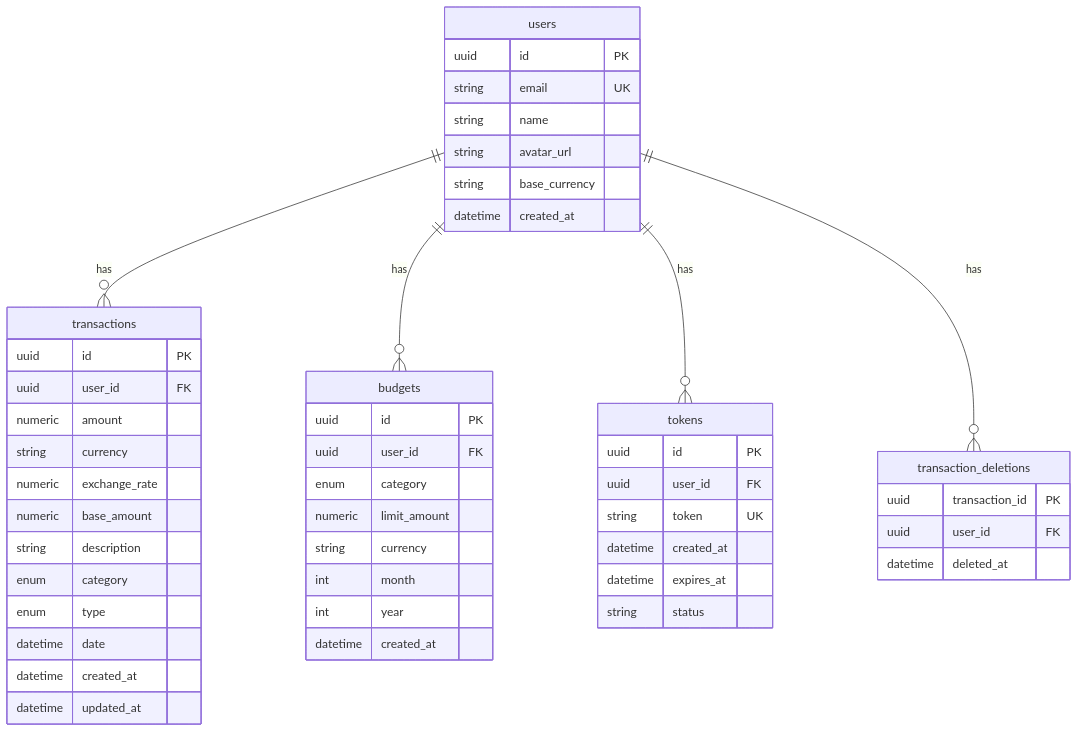
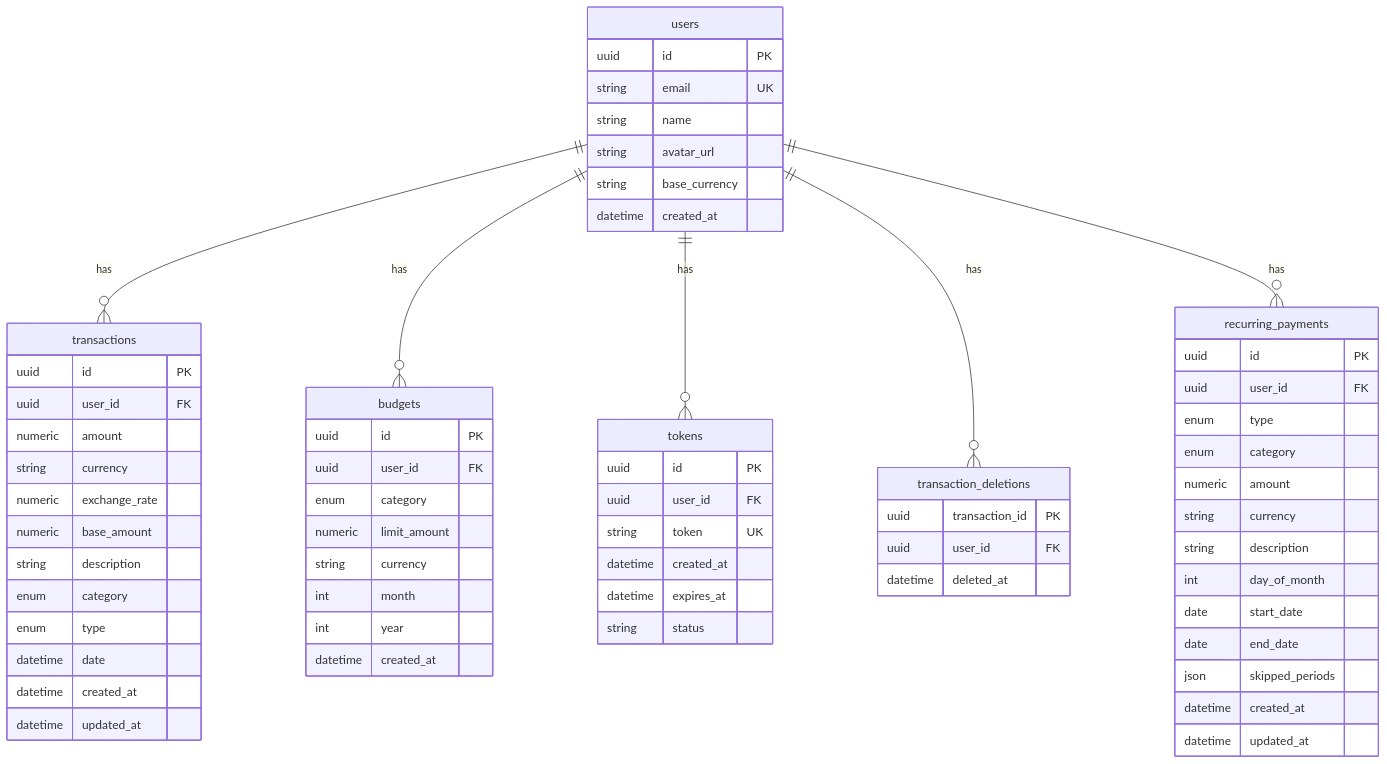
The second of 2 diagrams in ARCHITECTURE.md (jbronxxx/getbalanceai_api), drawn with Mermaid before and after one commit. The commit also changed other lines of this file and 14 other files, not shown here.

````diff
--- a/ARCHITECTURE.md
+++ b/ARCHITECTURE.md
@@ -53,57 +53,74 @@
 ```mermaid
 erDiagram
     users ||--o{ transactions : "has"
     users ||--o{ budgets : "has"
     users ||--o{ tokens : "has"
     users ||--o{ transaction_deletions : "has"
+    users ||--o{ recurring_payments : "has"
 
     users {
         uuid id PK
         string email UK
         string name
         string avatar_url
         string base_currency
         datetime created_at
     }
 
     tokens {
         uuid id PK
         uuid user_id FK
         string token UK
         datetime created_at
         datetime expires_at
         string status
     }
 
     transactions {
         uuid id PK
         uuid user_id FK
         numeric amount
         string currency
         numeric exchange_rate
         numeric base_amount
         string description
         enum category
         enum type
         datetime date
         datetime created_at
         datetime updated_at
     }
 
     transaction_deletions {
         uuid transaction_id PK
         uuid user_id FK
         datetime deleted_at
     }
 
     budgets {
         uuid id PK
         uuid user_id FK
         enum category
         numeric limit_amount
         string currency
         int month
         int year
         datetime created_at
     }
+
+    recurring_payments {
+        uuid id PK
+        uuid user_id FK
+        enum type
+        enum category
+        numeric amount
+        string currency
+        string description
+        int day_of_month
+        date start_date
+        date end_date
+        json skipped_periods
+        datetime created_at
+        datetime updated_at
+    }
 ```
````
